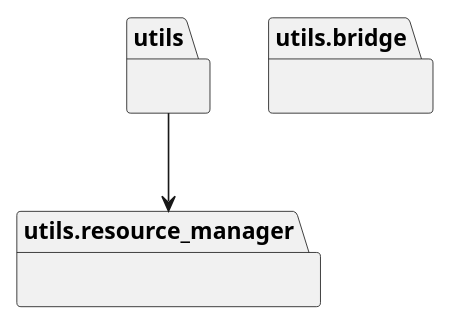
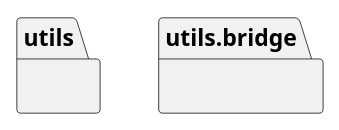
The diagram in docs/architecture/utils/packages.puml (seppzer0/zero_kernel), drawn with PlantUML before and after one commit. The commit also changed 13 other files, not shown here.

Commit message:
refactor: update resource manager usage

```diff
--- a/docs/architecture/utils/packages.puml
+++ b/docs/architecture/utils/packages.puml
@@ -1,10 +1,7 @@
 @startuml packages
 set namespaceSeparator none
 package "utils" as utils {
 }
 package "utils.bridge" as utils.bridge {
 }
-package "utils.resource_manager" as utils.resource_manager {
-}
-utils --> utils.resource_manager
 @enduml
```
